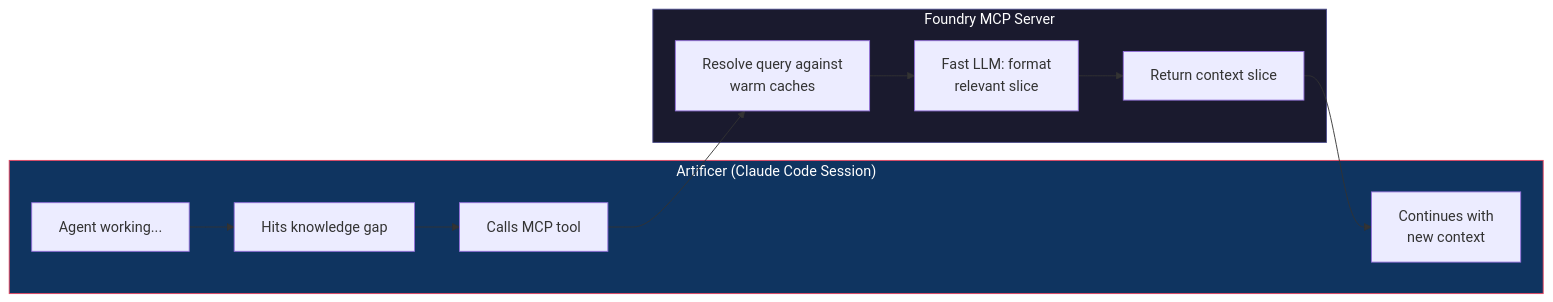
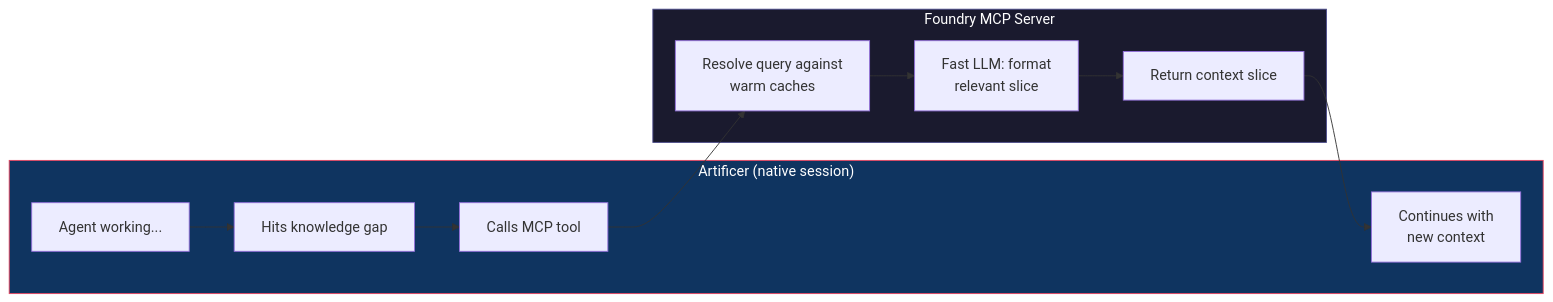
One commit to inixiative/foundry changed the fourth of 7 diagrams in docs/FLOW.md. Above: the diagram before and after it, drawn with Mermaid. The commit also changed other lines of this file and 17 other files, not shown here.

````diff
--- a/docs/FLOW.md
+++ b/docs/FLOW.md
@@ -486,25 +488,25 @@
 ```mermaid
 flowchart LR
-    subgraph SESSION ["Artificer (Claude Code Session)"]
+    subgraph SESSION ["Artificer (native session)"]
         AGENT["Agent working..."]
         GAP["Hits knowledge gap"]
         MCP_CALL["Calls MCP tool"]
         CONTINUE["Continues with\nnew context"]
     end
 
     subgraph FOUNDRY ["Foundry MCP Server"]
         RESOLVE["Resolve query against\nwarm caches"]
         FAST_LLM["Fast LLM: format\nrelevant slice"]
         RESPONSE["Return context slice"]
     end
 
     AGENT --> GAP
     GAP --> MCP_CALL
     MCP_CALL --> RESOLVE
     RESOLVE --> FAST_LLM
     FAST_LLM --> RESPONSE
     RESPONSE --> CONTINUE
 
     style SESSION fill:#0f3460,stroke:#e94560,color:#fff
     style FOUNDRY fill:#1a1a2e,stroke:#4a4a8a,color:#fff
 ```
````
